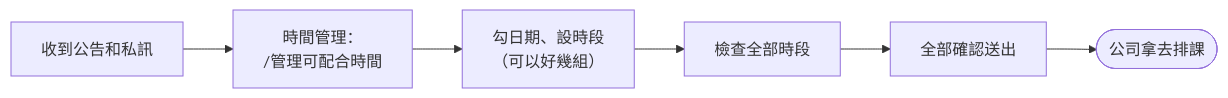
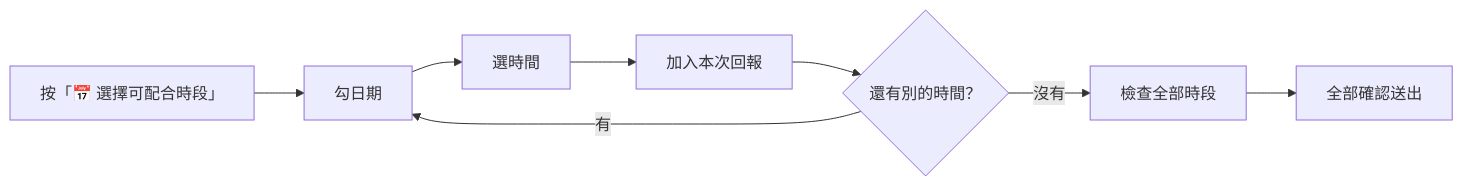
The second of 6 diagrams in docs/sop/ARTIST_SOP.md (johnnysun0621/kari-kari-ai-ops), drawn with Mermaid before and after one commit. The commit also changed other lines of this file and 85 other files, not shown here.

````diff
--- a/docs/sop/ARTIST_SOP.md
+++ b/docs/sop/ARTIST_SOP.md
@@ -65,8 +69,7 @@
 ```mermaid
 flowchart LR
-  A["收到公告和私訊"] --> B["時間管理：<br/>/管理可配合時間"]
-  B --> C["勾日期、設時段<br/>（可以好幾組）"]
-  C --> D["檢查全部時段"]
-  D --> E["全部確認送出"]
-  E --> F(["公司拿去排課"])
+  A["按「📅 選擇可配合時段」"] --> B["勾日期"] --> C["選時間"] --> D["加入本次回報"]
+  D --> E{"還有別的時間？"}
+  E -- "有" --> B
+  E -- "沒有" --> F["檢查全部時段"] --> G["全部確認送出"]
 ```
````
